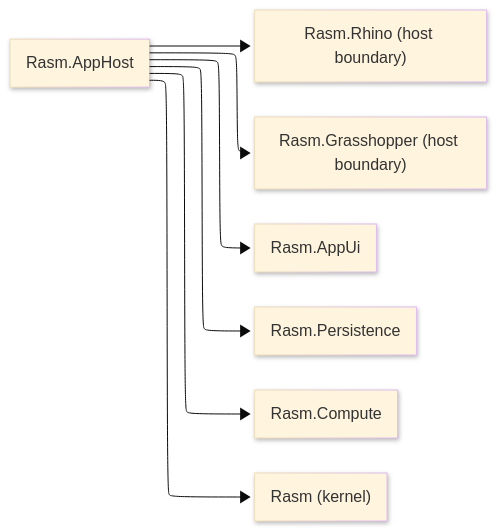
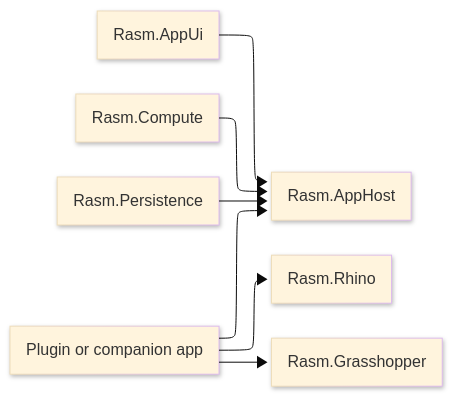
The diagram in libs/csharp/Rasm.AppHost/ARCHITECTURE.md (bsamiee/Rasm), drawn with Mermaid before and after one commit. The commit also changed other lines of this file and 73 other files, not shown here.

First line of the commit message:
docs(platform): app-layer doc refresh, stack-doc realignment, prompt-library relocation

````diff
--- a/libs/csharp/Rasm.AppHost/ARCHITECTURE.md
+++ b/libs/csharp/Rasm.AppHost/ARCHITECTURE.md
@@ -7,21 +7,24 @@
 ```mermaid
 ---
 config:
   layout: elk
   look: neo
   theme: base
-  elk:
-    mergeEdges: false
-    nodePlacementStrategy: BRANDES_KOEPF
-    cycleBreakingStrategy: GREEDY_MODEL_ORDER
 ---
 flowchart LR
-    accTitle: Rasm AppHost runtime boundary
-    accDescr: Rasm AppHost connects the host boundaries, product UI, durable state, execution platform, and kernel through one runtime-record boundary.
-    Host["Rasm.AppHost"] --> Rhino["Rasm.Rhino (host boundary)"]
-    Host --> Gh["Rasm.Grasshopper (host boundary)"]
-    Host --> Ui["Rasm.AppUi"]
-    Host --> Store["Rasm.Persistence"]
-    Host --> Compute["Rasm.Compute"]
-    Host --> Domain["Rasm (kernel)"]
+    accTitle: AppHost runtime spine
+    accDescr: AppHost owns neutral runtime policy used by UI, compute, persistence, Rhino and Grasshopper app roots, and companion services.
+    Host["Rasm.AppHost"]
+    Ui["Rasm.AppUi"]
+    Compute["Rasm.Compute"]
+    Store["Rasm.Persistence"]
+    Rhino["Rasm.Rhino"]
+    Gh["Rasm.Grasshopper"]
+    App["Plugin or companion app"]
+    App --> Host
+    Ui --> Host
+    Compute --> Host
+    Store --> Host
+    App --> Rhino
+    App --> Gh
 ```
````
